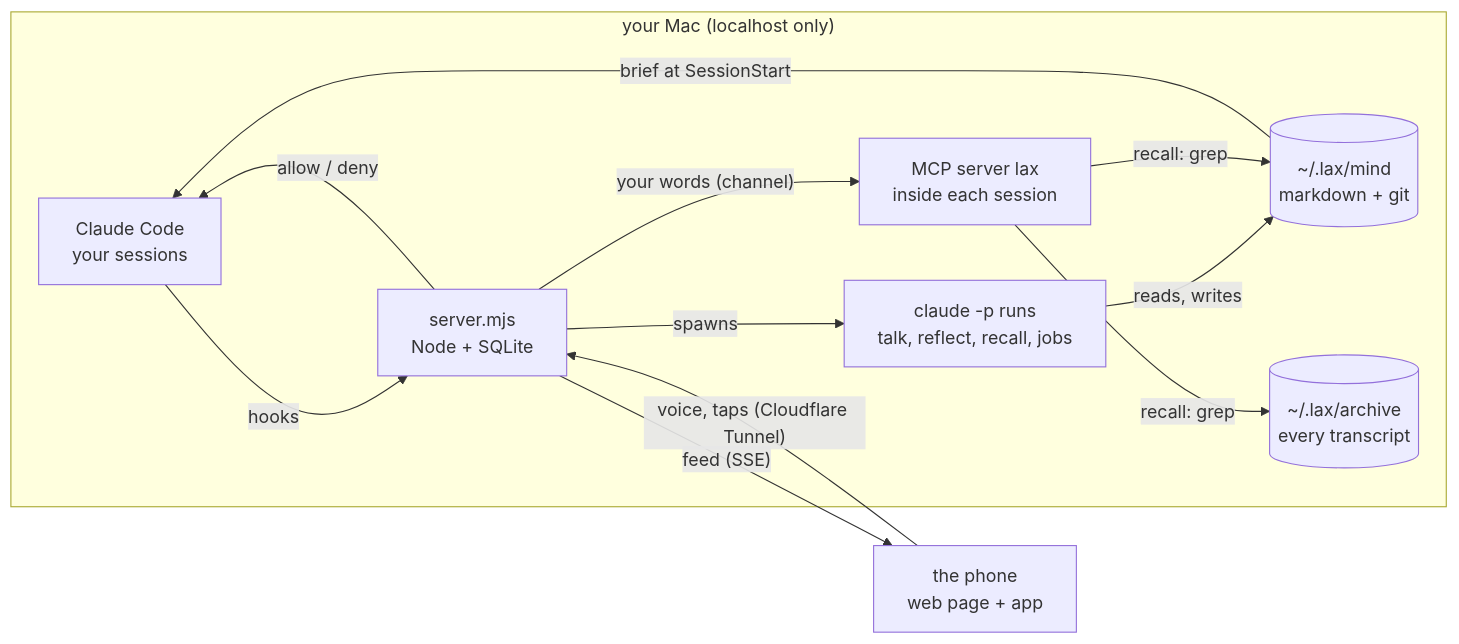
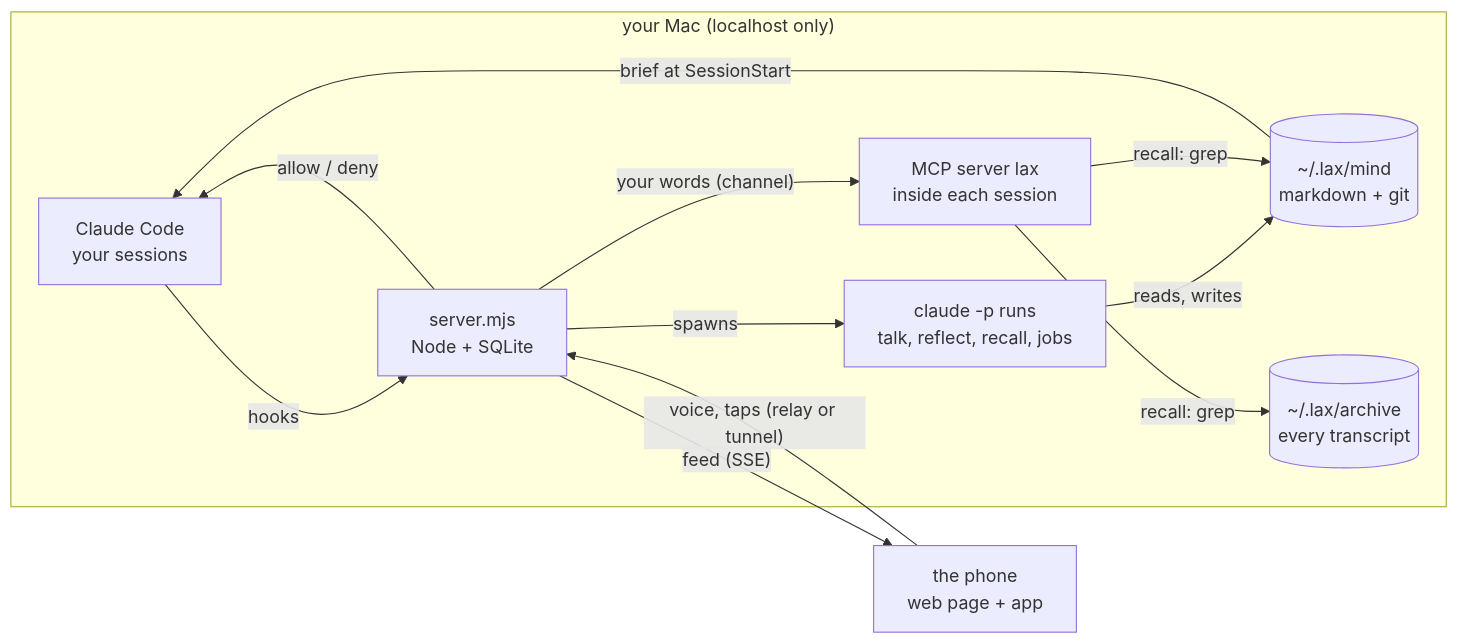
Before and after one commit to diogodebastos/lax: the first of 3 diagrams in README.md, drawn with Mermaid. The commit also changed other lines of this file, not shown here.

````diff
--- a/README.md
+++ b/README.md
@@ -22,23 +54,23 @@
 ```mermaid
 flowchart LR
   subgraph mac["your Mac (localhost only)"]
     cc["Claude Code<br/>your sessions"]
     srv["server.mjs<br/>Node + SQLite"]
     runs["claude -p runs<br/>talk, reflect, recall, jobs"]
     mcp["MCP server lax<br/>inside each session"]
     mind[("~/.lax/mind<br/>markdown + git")]
     arch[("~/.lax/archive<br/>every transcript")]
   end
   phone["the phone<br/>web page + app"]
 
   cc -- hooks --> srv
   srv -- allow / deny --> cc
   srv -- "feed (SSE)" --> phone
-  phone -- "voice, taps (Cloudflare Tunnel)" --> srv
+  phone -- "voice, taps (relay or tunnel)" --> srv
   srv -- spawns --> runs
   srv -- "your words (channel)" --> mcp
   runs -- "reads, writes" --> mind
   mcp -- "recall: grep" --> mind
   mcp -- "recall: grep" --> arch
   mind -- "brief at SessionStart" --> cc
 ```
````
